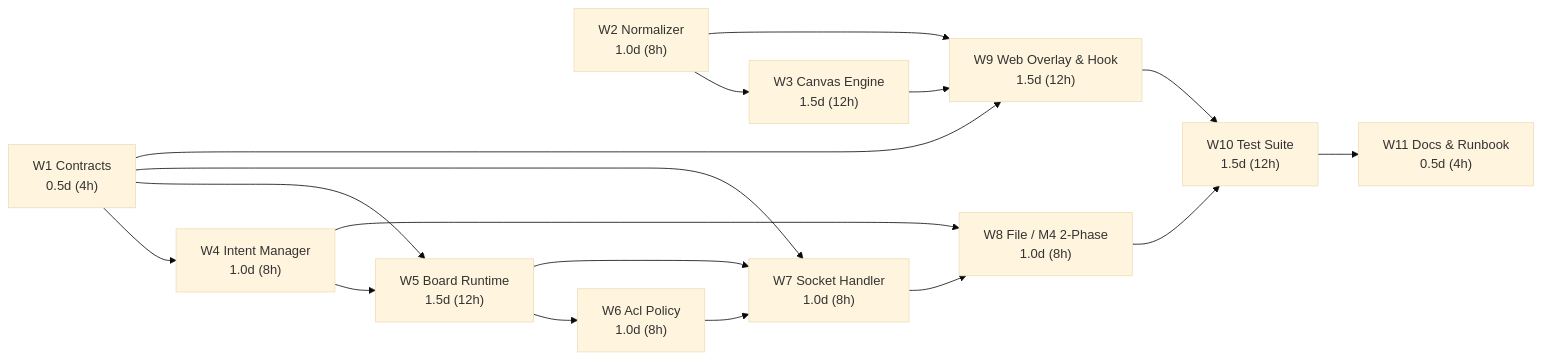
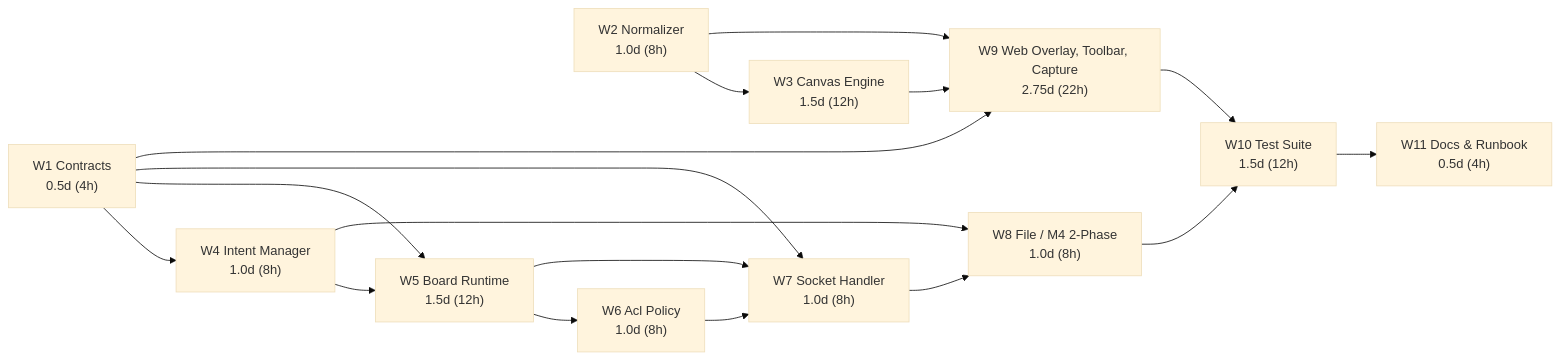
Diagram 12 of 12 in docs/proposals/m5-board.md (Lightning1507/CoLearnia), drawn with Mermaid (base theme) before and after one commit. The commit also changed other lines of this file and 5 other files, not shown here.

````diff
--- a/docs/proposals/m5-board.md
+++ b/docs/proposals/m5-board.md
@@ -1037,23 +1059,23 @@
 ```mermaid
 flowchart LR
   W1["W1 Contracts<br/>0.5d (4h)"]
   W2["W2 Normalizer<br/>1.0d (8h)"]
   W3["W3 Canvas Engine<br/>1.5d (12h)"]
   W4["W4 Intent Manager<br/>1.0d (8h)"]
   W5["W5 Board Runtime<br/>1.5d (12h)"]
   W6["W6 Acl Policy<br/>1.0d (8h)"]
   W7["W7 Socket Handler<br/>1.0d (8h)"]
   W8["W8 File / M4 2-Phase<br/>1.0d (8h)"]
-  W9["W9 Web Overlay & Hook<br/>1.5d (12h)"]
+  W9["W9 Web Overlay, Toolbar, Capture<br/>2.75d (22h)"]
   W10["W10 Test Suite<br/>1.5d (12h)"]
   W11["W11 Docs & Runbook<br/>0.5d (4h)"]
 
   W1 --> W4 --> W5 --> W6 --> W7 --> W8 --> W10 --> W11
   W1 --> W5
   W1 --> W7
   W5 --> W7
   W4 --> W8
   W2 --> W3 --> W9 --> W10
   W1 --> W9
   W2 --> W9
 ```
````
